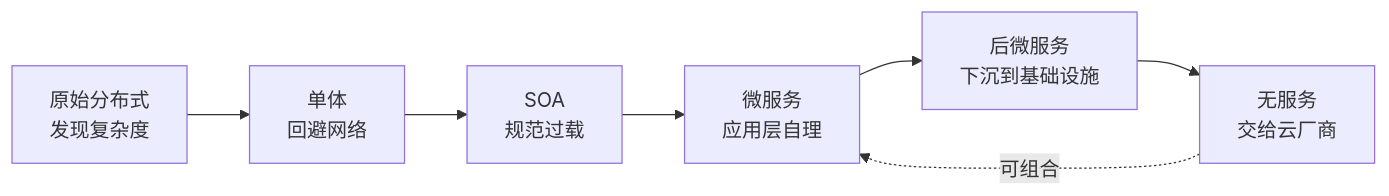
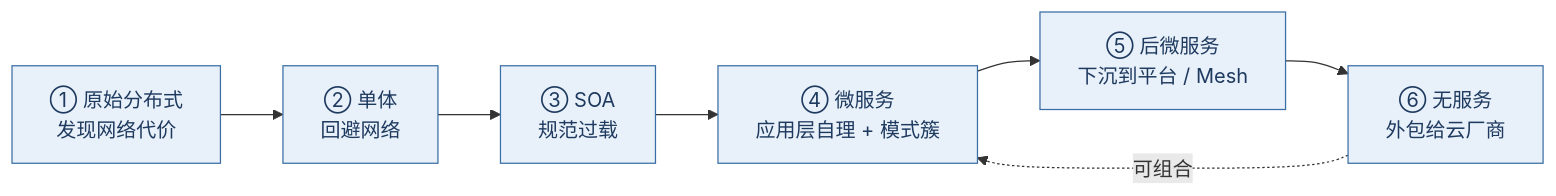
The first of 3 diagrams in 20-architecture/21-service-architecture-evolution.md (xiaxinyu/knowledge_base), drawn with Mermaid before and after one commit. The commit also changed other lines of this file and 1 other file, not shown here.

````diff
--- a/20-architecture/21-service-architecture-evolution.md
+++ b/20-architecture/21-service-architecture-evolution.md
@@ -39,10 +46,10 @@
 ```mermaid
-%% 服务架构演进主线：从原始分布式到无服务，六代范式依次推进
 flowchart LR
-  A["原始分布式<br/>发现复杂度"] --> B["单体<br/>回避网络"]
-  B --> C["SOA<br/>规范过载"]
-  C --> D["微服务<br/>应用层自理"]
-  D --> E["后微服务<br/>下沉到基础设施"]
-  E --> F["无服务<br/>交给云厂商"]
+  classDef era fill:#e8f1fa,stroke:#3b6ea5,color:#1f3a5f
+  A["① 原始分布式<br/>发现网络代价"]:::era --> B["② 单体<br/>回避网络"]:::era
+  B --> C["③ SOA<br/>规范过载"]:::era
+  C --> D["④ 微服务<br/>应用层自理 + 模式簇"]:::era
+  D --> E["⑤ 后微服务<br/>下沉到平台 / Mesh"]:::era
+  E --> F["⑥ 无服务<br/>外包给云厂商"]:::era
   F -.->|"可组合"| D
 ```
````
